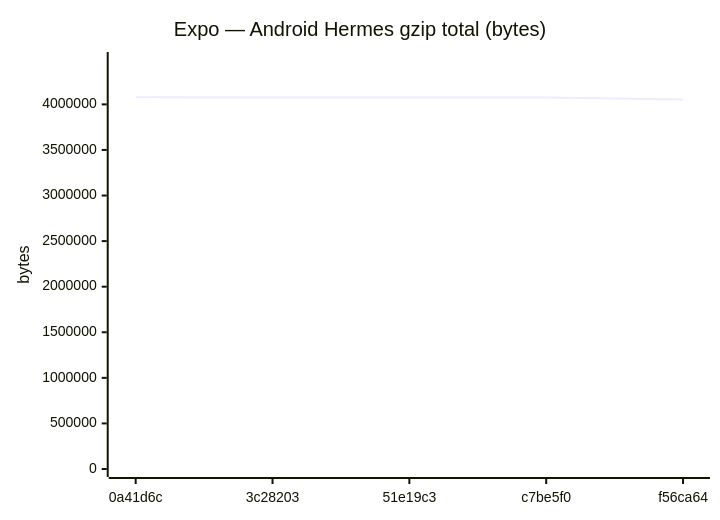
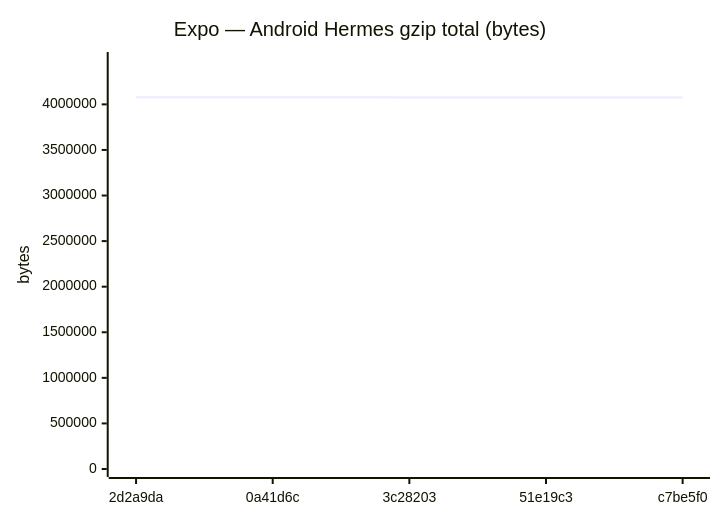
One commit to Metaheurist/Rianell changed diagram 11 of 18 in benchmarks/compare.md. Above: the diagram before and after it, drawn with Mermaid. The commit also changed other lines of this file and 11 other files, not shown here.

````diff
--- a/benchmarks/compare.md
+++ b/benchmarks/compare.md
@@ -172,7 +172,7 @@
 ```mermaid
 xychart-beta
     title "Expo — Android Hermes gzip total (bytes)"
-    x-axis ["0a41d6c", "3c28203", "51e19c3", "c7be5f0", "f56ca64"]
+    x-axis ["2d2a9da", "0a41d6c", "3c28203", "51e19c3", "c7be5f0"]
     y-axis "bytes" 0 --> 4486787
-    line [4078897, 4076071, 4075584, 4075582, 4052821]
+    line [4078895, 4078897, 4076071, 4075584, 4075582]
 ```
````
